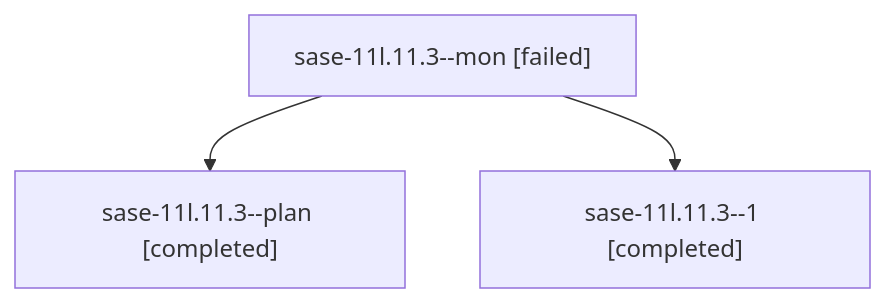
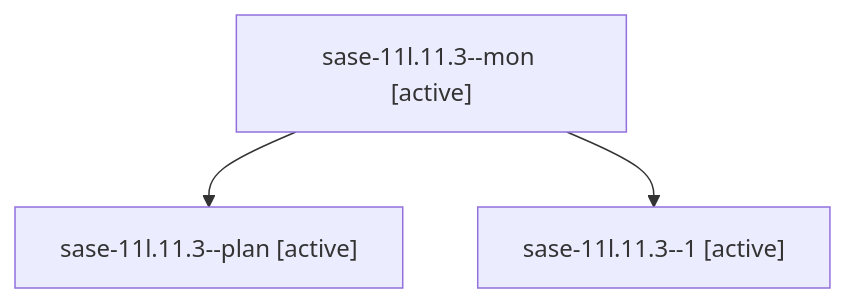
The diagram in families/bbugyi200.athena.sase-11l.11.3.md (sase-org/sase--agents), drawn with Mermaid before and after one commit. The commit also changed other lines of this file and 192 other files, not shown here.

````diff
--- a/families/bbugyi200.athena.sase-11l.11.3.md
+++ b/families/bbugyi200.athena.sase-11l.11.3.md
@@ -9,8 +9,8 @@
 ```mermaid
 flowchart TD
-  n0["sase-11l.11.3--mon [failed]"]
-  n1["sase-11l.11.3--plan [completed]"]
+  n0["sase-11l.11.3--mon [active]"]
+  n1["sase-11l.11.3--plan [active]"]
   n0 --> n1
-  n2["sase-11l.11.3--1 [completed]"]
+  n2["sase-11l.11.3--1 [active]"]
   n0 --> n2
 ```
````
